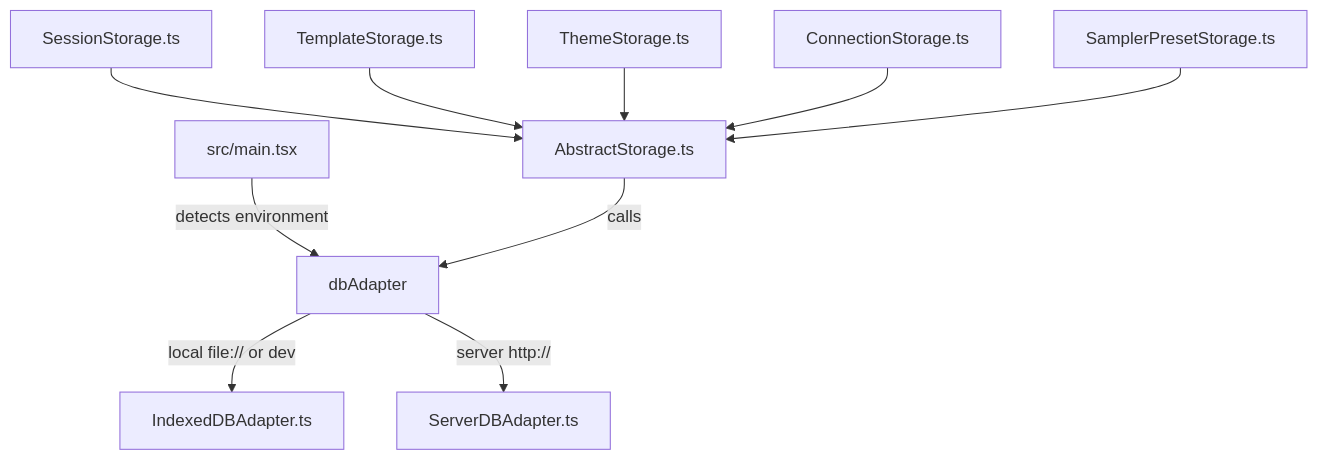
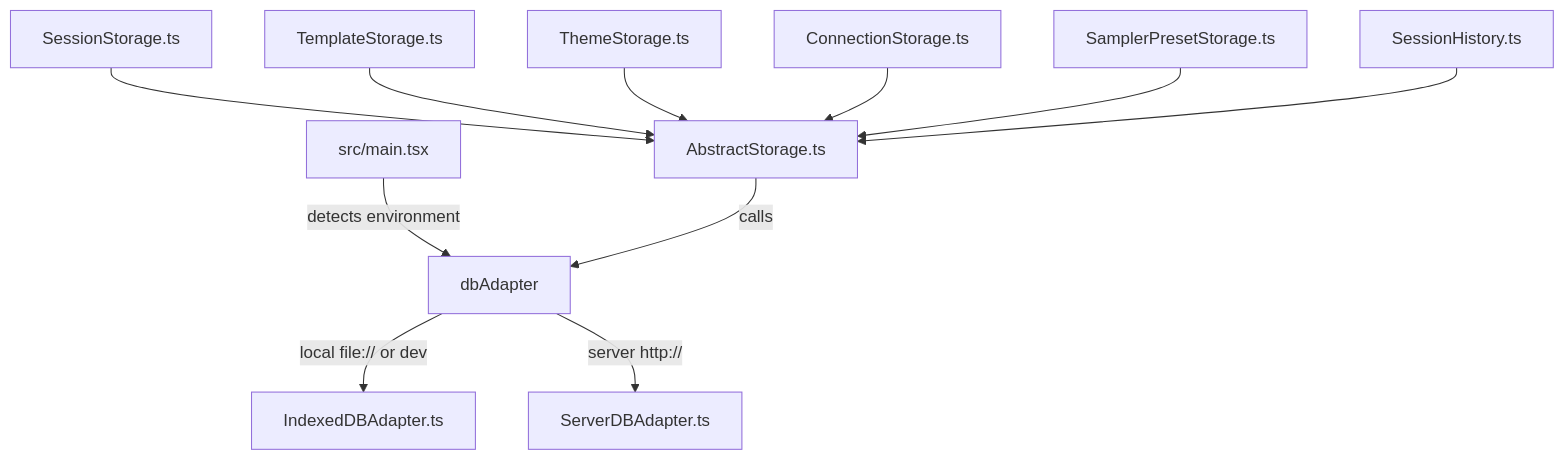
One commit to LordFoogThe4rd/miyapad changed the diagram in docs/architecture.md. Above: the diagram before and after it, drawn with Mermaid. The commit also changed other lines of this file and 14 other files, not shown here.

````diff
--- a/docs/architecture.md
+++ b/docs/architecture.md
@@ -7,12 +7,13 @@
 ```mermaid
 graph TD
     App[src/main.tsx] -->|detects environment| DBAdapter[dbAdapter]
     DBAdapter -->|local file:// or dev| IndexedDBAdapter[IndexedDBAdapter.ts]
     DBAdapter -->|server http://| ServerDBAdapter[ServerDBAdapter.ts]
     SessionStorage[SessionStorage.ts] --> AbstractStorage[AbstractStorage.ts]
     TemplateStorage[TemplateStorage.ts] --> AbstractStorage
     ThemeStorage[ThemeStorage.ts] --> AbstractStorage
     ConnectionStorage[ConnectionStorage.ts] --> AbstractStorage
     SamplerPresetStorage[SamplerPresetStorage.ts] --> AbstractStorage
+    SessionHistory[SessionHistory.ts] --> AbstractStorage
     AbstractStorage -->|calls| DBAdapter
 ```
````
